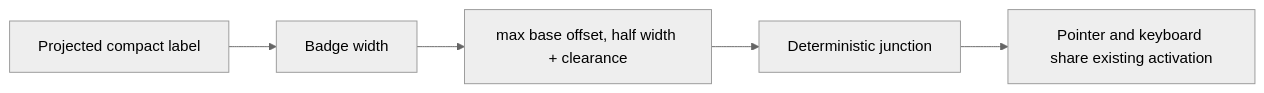
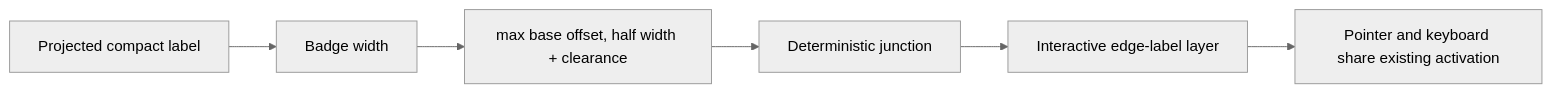
The fifth of 11 diagrams in docs/planning/proposals/mandatory/frontend-and-ux/relational-composition-lab-20260916.md (dunay2/dvt), drawn with Mermaid (neutral theme) before and after one commit. The commit also changed other lines of this file, not shown here.

Commit message:
docs(docs): Clarify composition badge interaction layer

````diff
--- a/docs/planning/proposals/mandatory/frontend-and-ux/relational-composition-lab-20260916.md
+++ b/docs/planning/proposals/mandatory/frontend-and-ux/relational-composition-lab-20260916.md
@@ -147,7 +150,8 @@
 ```mermaid
 flowchart LR
     L[Projected compact label] --> W[Badge width]
     W --> C[max base offset, half width + clearance]
     C --> J[Deterministic junction]
-    J --> H[Pointer and keyboard share existing activation]
+    J --> P[Interactive edge-label layer]
+    P --> H[Pointer and keyboard share existing activation]
 ```
````
